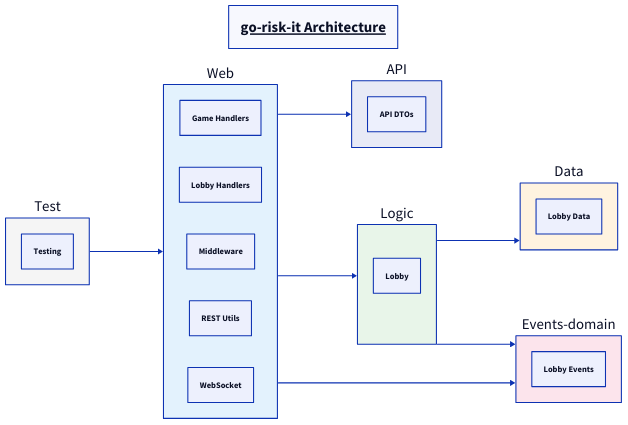
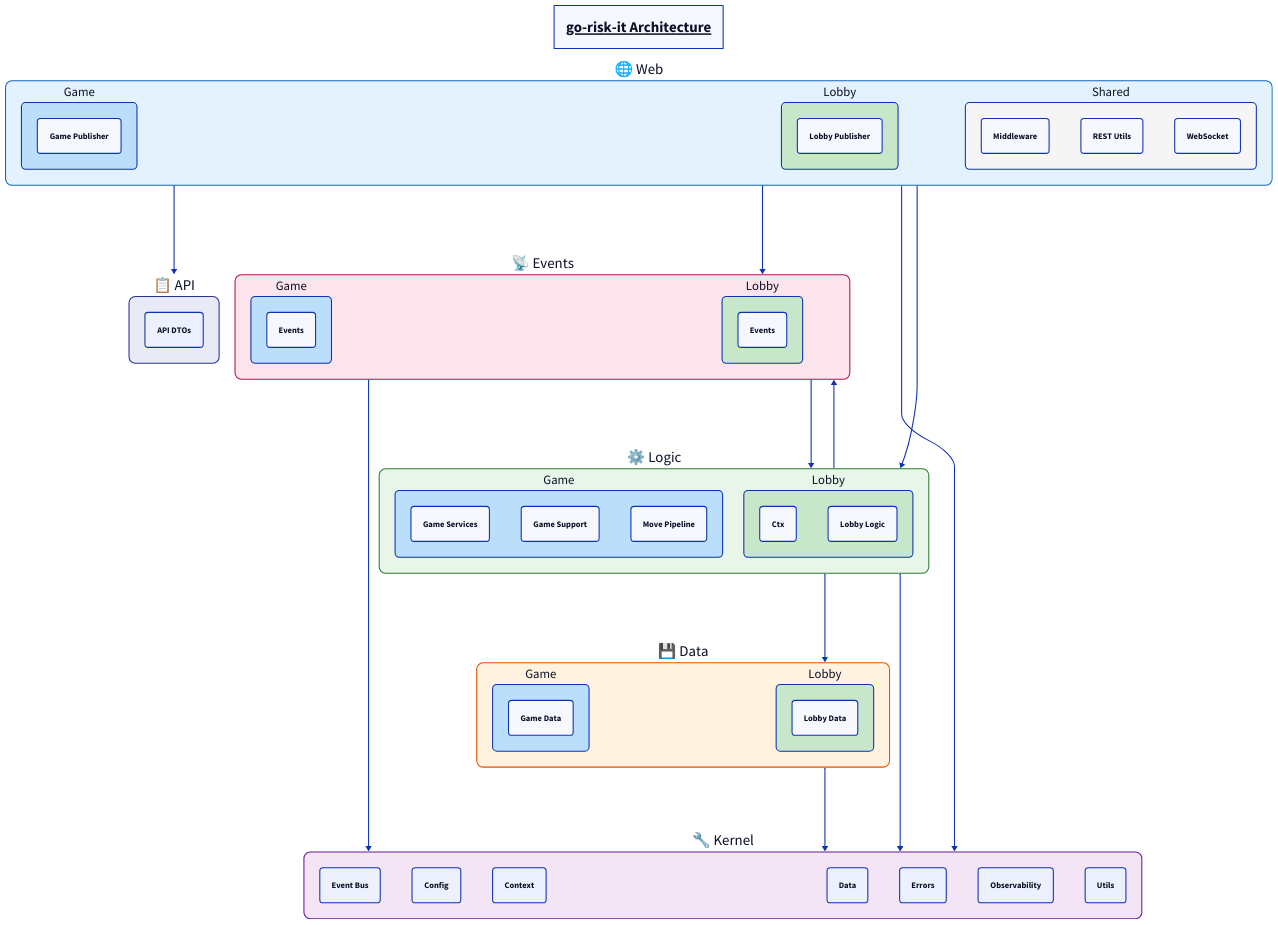
The diagram in docs/architecture-diagram.d2 (go-risk-it/go-risk-it), drawn with D2 before and after one commit. The commit also changed 38 other files, not shown here.

First line of the commit message:
Architecture documentation automation — single source of truth from doc.go (#217)

```diff
--- a/docs/architecture-diagram.d2
+++ b/docs/architecture-diagram.d2
@@ -1,52 +1,160 @@
 # Architecture diagram — auto-generated by cmd/archdiagram.
 # Do not edit manually; run 'make diagrams' to regenerate.
 
 title: go-risk-it Architecture {
   near: top-center
   style.font-size: 28
   style.underline: true
 }
 
-direction: right
+direction: down
 
-api: API {
+api: "📋 API" {
   style.fill: "#E8EAF6"
-  api_dtos: "API DTOs"
+  style.stroke: "#283593"
+  style.border-radius: 12
+  api_dtos: "API DTOs" {
+    style.border-radius: 6
+  }
 }
 
-data: Data {
-  style.fill: "#FFF3E0"
-  lobby_data: "Lobby Data"
+web: "🌐 Web" {
+  style.fill: "#E3F2FD"
+  style.stroke: "#1565C0"
+  style.border-radius: 12
+  game: "Game" {
+    style.fill: "#BBDEFB"
+    style.border-radius: 8
+    game_publisher: "Game Publisher" {
+      style.border-radius: 6
+    }
+  }
+  lobby: "Lobby" {
+    style.fill: "#C8E6C9"
+    style.border-radius: 8
+    lobby_publisher: "Lobby Publisher" {
+      style.border-radius: 6
+    }
+  }
+  shared: "Shared" {
+    style.fill: "#F5F5F5"
+    style.border-radius: 8
+    middleware: "Middleware" {
+      style.border-radius: 6
+    }
+    rest_utils: "REST Utils" {
+      style.border-radius: 6
+    }
+    websocket: "WebSocket" {
+      style.border-radius: 6
+    }
+  }
 }
 
-events_domain: Events-domain {
+events: "📡 Events" {
   style.fill: "#FCE4EC"
-  lobby_events: "Lobby Events"
+  style.stroke: "#AD1457"
+  style.border-radius: 12
+  game: "Game" {
+    style.fill: "#BBDEFB"
+    style.border-radius: 8
+    game_events: "Events" {
+      style.border-radius: 6
+    }
+  }
+  lobby: "Lobby" {
+    style.fill: "#C8E6C9"
+    style.border-radius: 8
+    lobby_events: "Events" {
+      style.border-radius: 6
+    }
+  }
 }
 
-logic: Logic {
+logic: "⚙️ Logic" {
   style.fill: "#E8F5E9"
-  lobby_logic: "Lobby"
+  style.stroke: "#2E7D32"
+  style.border-radius: 12
+  game: "Game" {
+    style.fill: "#BBDEFB"
+    style.border-radius: 8
+    game_services: "Game Services" {
+      style.border-radius: 6
+    }
+    game_support: "Game Support" {
+      style.border-radius: 6
+    }
+    move_pipeline: "Move Pipeline" {
+      style.border-radius: 6
+    }
+  }
+  lobby: "Lobby" {
+    style.fill: "#C8E6C9"
+    style.border-radius: 8
+    lobby_ctx: "Ctx" {
+      style.border-radius: 6
+    }
+    lobby_logic: "Lobby Logic" {
+      style.border-radius: 6
+    }
+  }
 }
 
-web: Web {
-  style.fill: "#E3F2FD"
-  game_handlers: "Game Handlers"
-  lobby_handlers: "Lobby Handlers"
-  middleware: "Middleware"
-  rest_utils: "REST Utils"
-  websocket: "WebSocket"
+data: "💾 Data" {
+  style.fill: "#FFF3E0"
+  style.stroke: "#E65100"
+  style.border-radius: 12
+  game: "Game" {
+    style.fill: "#BBDEFB"
+    style.border-radius: 8
+    game_data: "Game Data" {
+      style.border-radius: 6
+    }
+  }
+  lobby: "Lobby" {
+    style.fill: "#C8E6C9"
+    style.border-radius: 8
+    lobby_data: "Lobby Data" {
+      style.border-radius: 6
+    }
+  }
 }
 
-test: Test {
-  style.fill: "#F5F5F5"
-  testing: "Testing"
+kernel: "🔧 Kernel" {
+  style.fill: "#F3E5F5"
+  style.stroke: "#6A1B9A"
+  style.border-radius: 12
+  kernel_bus: "Event Bus" {
+    style.border-radius: 6
+  }
+  kernel_config: "Config" {
+    style.border-radius: 6
+  }
+  kernel_ctx: "Context" {
+    style.border-radius: 6
+  }
+  kernel_data: "Data" {
+    style.border-radius: 6
+  }
+  kernel_errors: "Errors" {
+    style.border-radius: 6
+  }
+  kernel_observability: "Observability" {
+    style.border-radius: 6
+  }
+  kernel_utils: "Utils" {
+    style.border-radius: 6
+  }
 }
 
-# Cross-layer dependencies (layer-to-layer)
+# Cross-layer dependencies (container-to-container)
+data -> kernel
+events -> kernel
+events -> logic
 logic -> data
-logic -> events_domain
-test -> web
+logic -> events
+logic -> kernel
 web -> api
-web -> events_domain
+web -> events
+web -> kernel
 web -> logic
```
